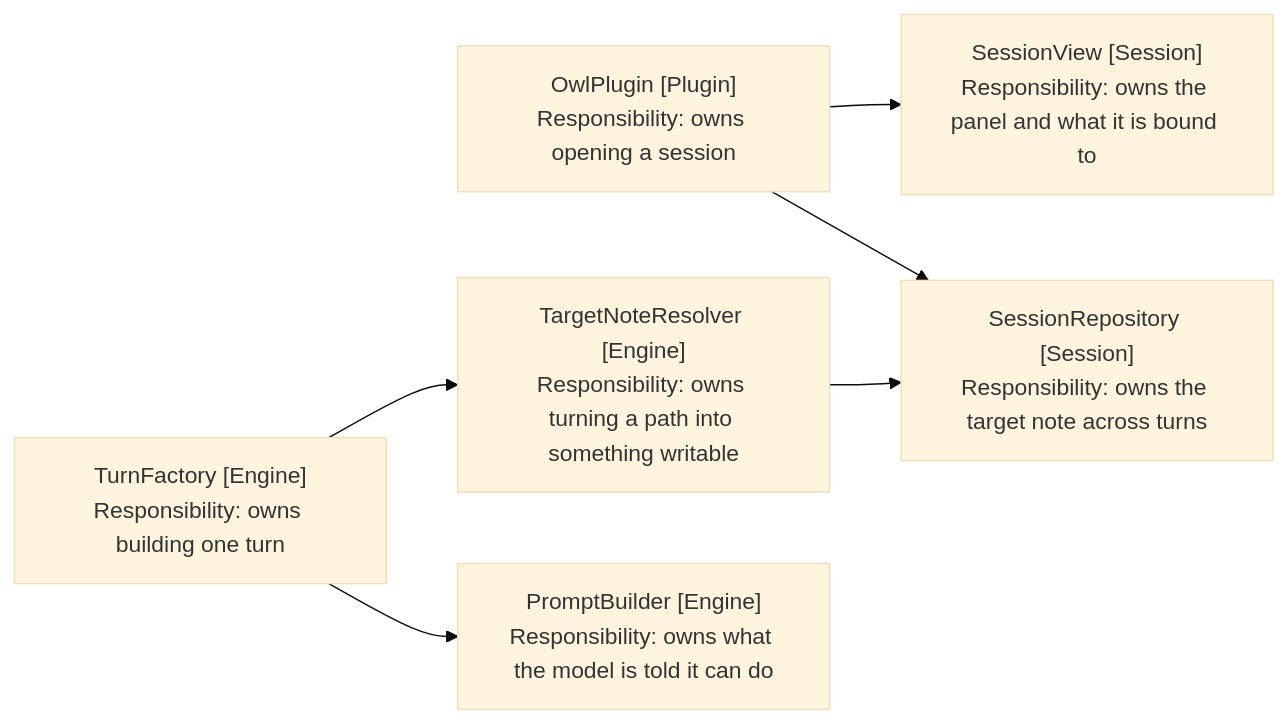
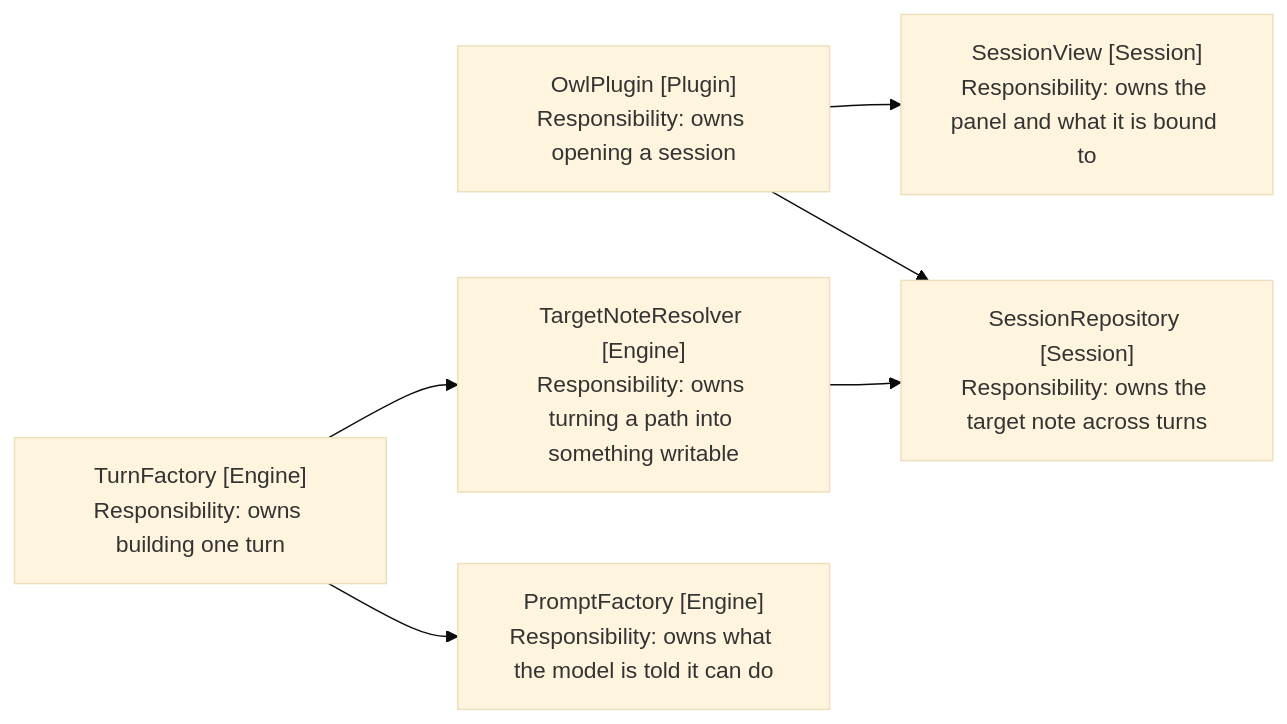
The diagram in docs/spec/7-sessions-without-a-note/3-component-design.md (iparips/obsidian-owl), drawn with Mermaid (base theme) before and after one commit. The commit also changed other lines of this file and 26 other files, not shown here.

````diff
--- a/docs/spec/7-sessions-without-a-note/3-component-design.md
+++ b/docs/spec/7-sessions-without-a-note/3-component-design.md
@@ -35,15 +35,15 @@
 ```mermaid
 flowchart LR
     Plugin["OwlPlugin [Plugin]<br/>Responsibility: owns opening a session"]
     View["SessionView [Session]<br/>Responsibility: owns the panel and what it is bound to"]
     Repo["SessionRepository [Session]<br/>Responsibility: owns the target note across turns"]
     Resolver["TargetNoteResolver [Engine]<br/>Responsibility: owns turning a path into something writable"]
     Factory["TurnFactory [Engine]<br/>Responsibility: owns building one turn"]
-    Prompt["PromptBuilder [Engine]<br/>Responsibility: owns what the model is told it can do"]
+    Prompt["PromptFactory [Engine]<br/>Responsibility: owns what the model is told it can do"]
 
     Plugin --> View
     Plugin --> Repo
     Factory --> Resolver
     Resolver --> Repo
     Factory --> Prompt
 ```
````
